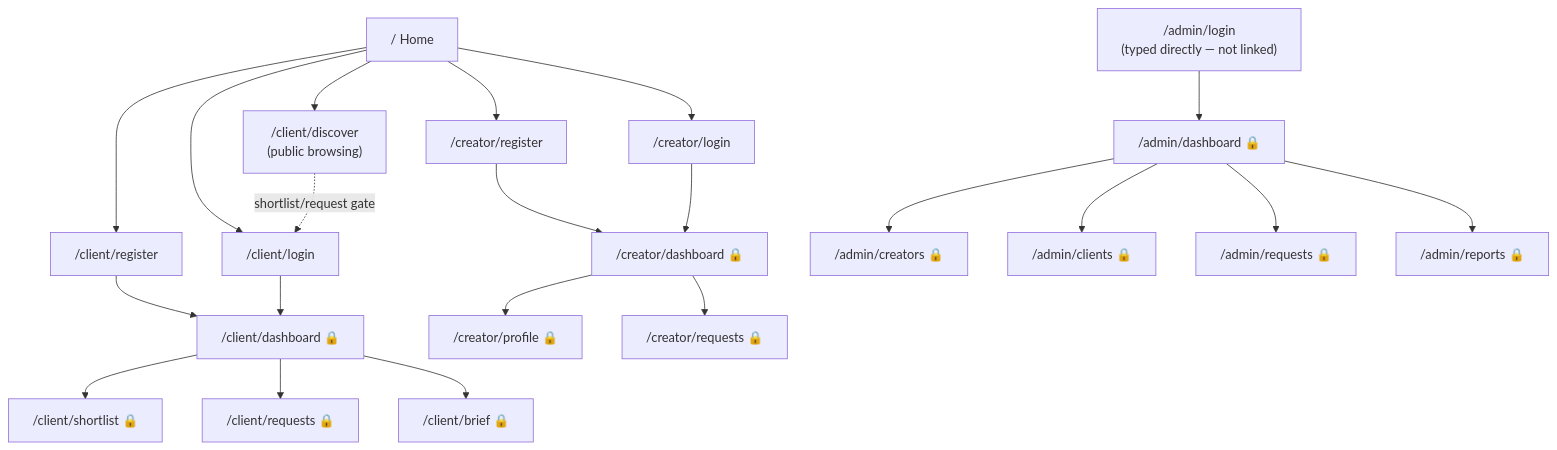
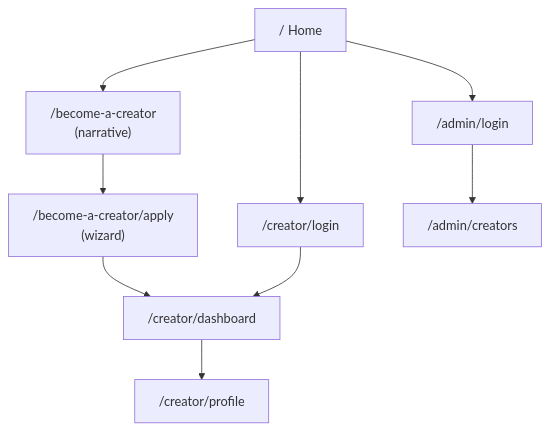
The diagram in SITEMAP.md (Nupurgaurr/ugc-marketplace-), drawn with Mermaid before and after one commit. The commit also changed other lines of this file and 89 other files, not shown here.

````diff
--- a/SITEMAP.md
+++ b/SITEMAP.md
@@ -35,29 +25,15 @@
 ```mermaid
 flowchart TD
     Home["/  Home"]
 
-    Home --> CReg["/client/register"]
-    Home --> CLogin["/client/login"]
-    Home --> CDiscover["/client/discover\n(public browsing)"]
-
-    Home --> KReg["/creator/register"]
+    Home --> Roast["/become-a-creator<br/>(narrative)"]
+    Roast --> KApply["/become-a-creator/apply<br/>(wizard)"]
     Home --> KLogin["/creator/login"]
 
-    CDiscover -.shortlist/request gate.-> CLogin
-    CReg --> CDash["/client/dashboard 🔒"]
-    CLogin --> CDash
-    CDash --> CShort["/client/shortlist 🔒"]
-    CDash --> CReq["/client/requests 🔒"]
-    CDash --> CBrief["/client/brief 🔒"]
+    KApply --> KDash["/creator/dashboard"]
+    KLogin --> KDash
+    KDash --> KProf["/creator/profile"]
 
-    KReg --> KDash["/creator/dashboard 🔒"]
-    KLogin --> KDash
-    KDash --> KProf["/creator/profile 🔒"]
-    KDash --> KReq["/creator/requests 🔒"]
-
-    AdminURL["/admin/login\n(typed directly — not linked)"] --> ADash["/admin/dashboard 🔒"]
-    ADash --> AC["/admin/creators 🔒"]
-    ADash --> ACl["/admin/clients 🔒"]
-    ADash --> AReq["/admin/requests 🔒"]
-    ADash --> ARep["/admin/reports 🔒"]
+    Home --> ALogin["/admin/login"]
+    ALogin --> AC["/admin/creators"]
 ```
````
